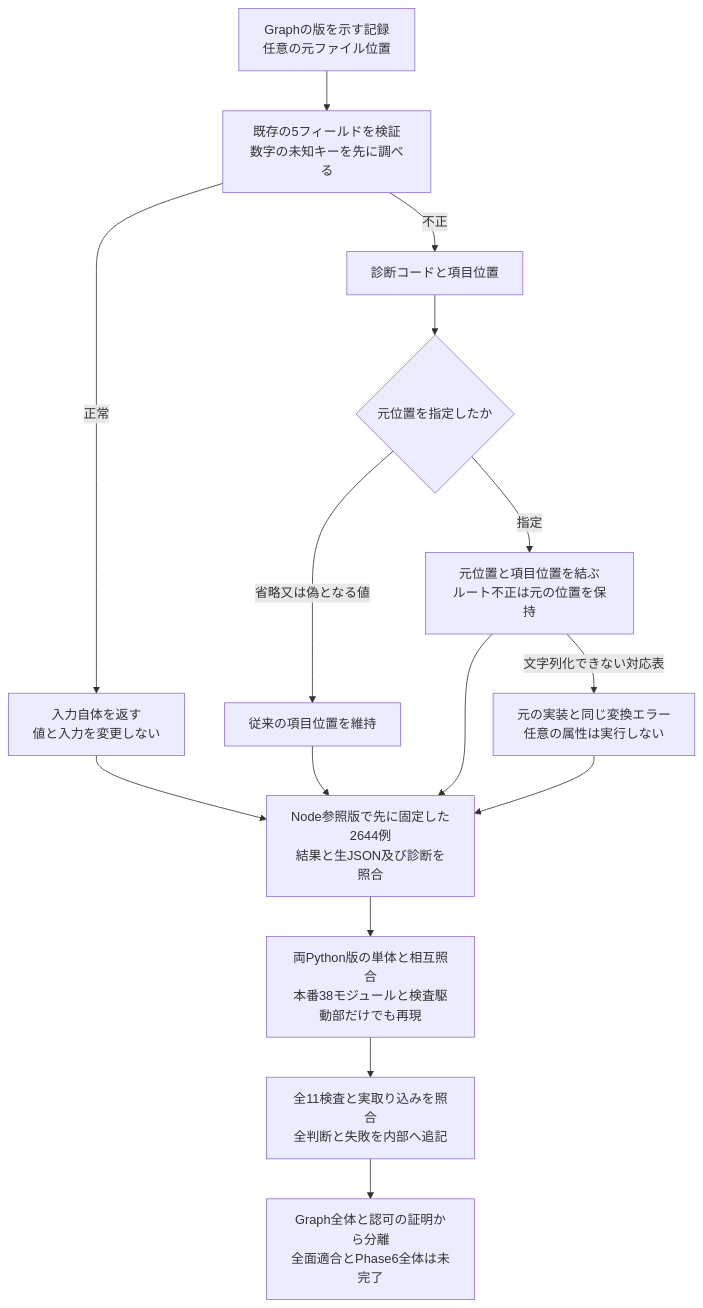
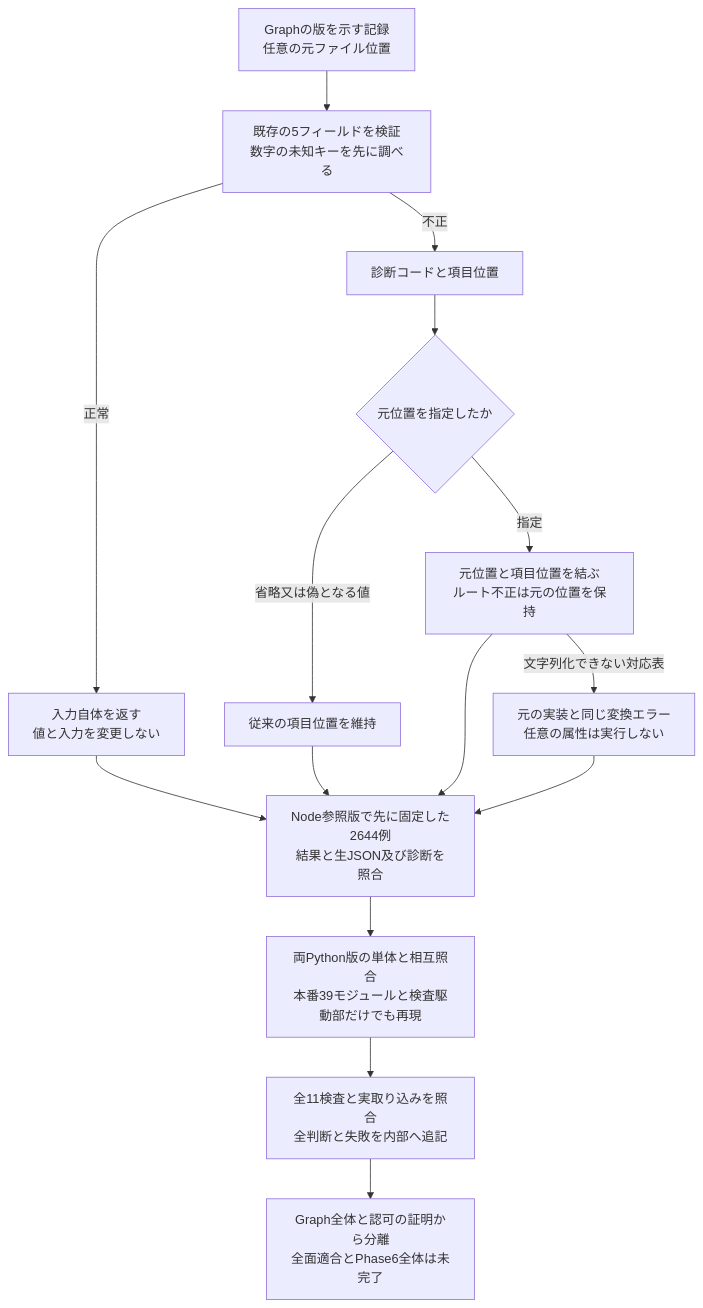
The diagram in docs/diagrams/python-graph-revision.mmd (koukemo/morivyx), drawn with Mermaid before and after one commit. The commit also changed 19 other files, not shown here.

```diff
--- a/docs/diagrams/python-graph-revision.mmd
+++ b/docs/diagrams/python-graph-revision.mmd
@@ -1,15 +1,15 @@
 flowchart TD
   A[Graphの版を示す記録<br/>任意の元ファイル位置] --> B[既存の5フィールドを検証<br/>数字の未知キーを先に調べる]
   B -->|正常| C[入力自体を返す<br/>値と入力を変更しない]
   B -->|不正| D[診断コードと項目位置]
   D --> E{元位置を指定したか}
   E -->|省略又は偽となる値| F[従来の項目位置を維持]
   E -->|指定| G[元位置と項目位置を結ぶ<br/>ルート不正は元の位置を保持]
   G -->|文字列化できない対応表| H[元の実装と同じ変換エラー<br/>任意の属性は実行しない]
   C --> I[Node参照版で先に固定した2644例<br/>結果と生JSON及び診断を照合]
   F --> I
   G --> I
   H --> I
-  I --> J[両Python版の単体と相互照合<br/>本番38モジュールと検査駆動部だけでも再現]
+  I --> J[両Python版の単体と相互照合<br/>本番39モジュールと検査駆動部だけでも再現]
   J --> K[全11検査と実取り込みを照合<br/>全判断と失敗を内部へ追記]
   K --> L[Graph全体と認可の証明から分離<br/>全面適合とPhase6全体は未完了]
```
